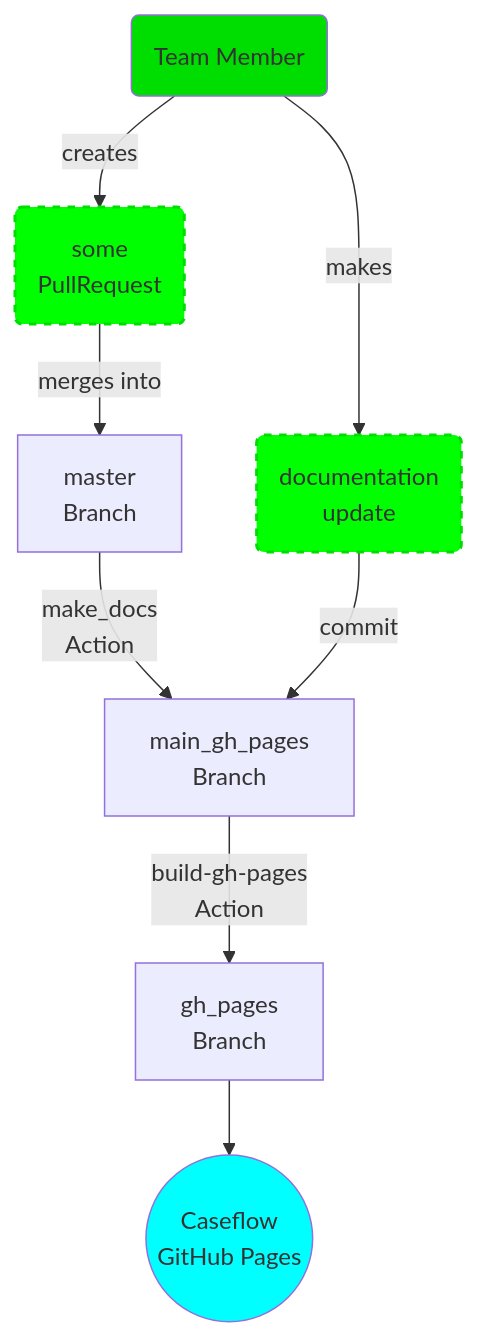
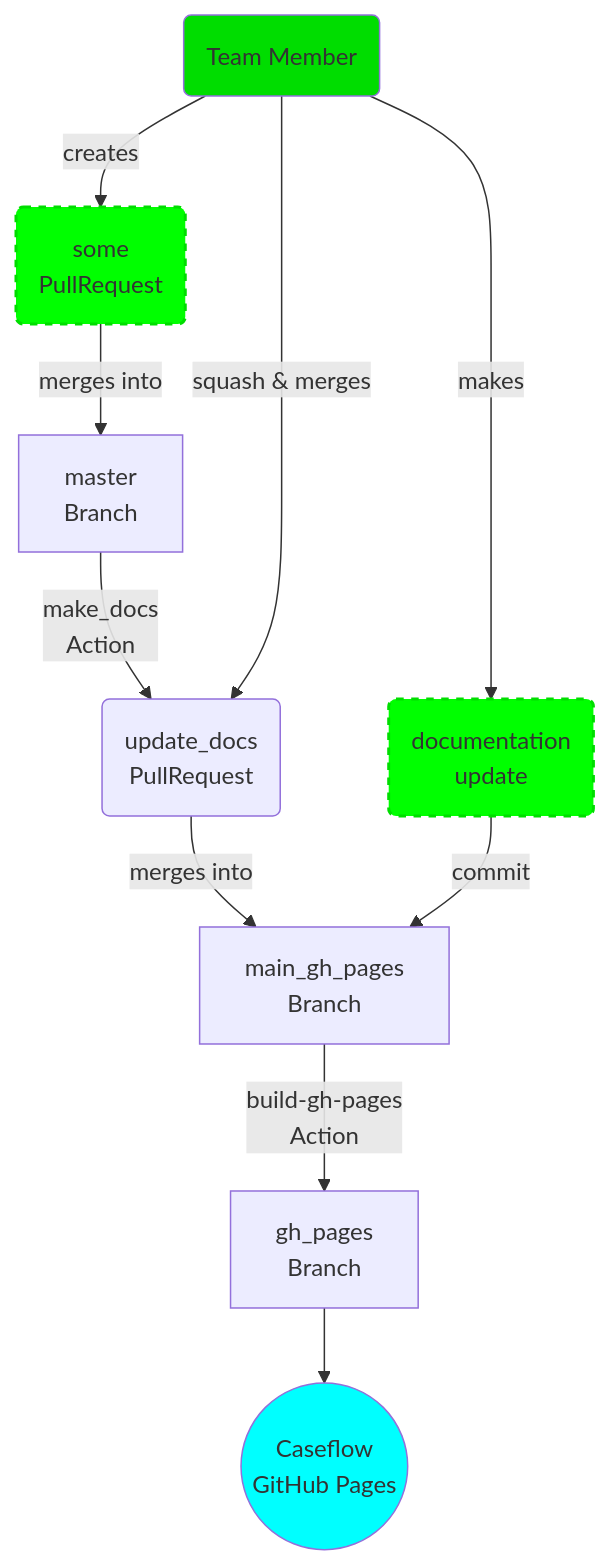
Before and after one commit to department-of-veterans-affairs/caseflow: the diagram in README.md, drawn with Mermaid. The commit also changed other lines of this file and 1 other file, not shown here.

Commit message:
describe auto-creation of update_docs PR

```diff
--- a/README.md
+++ b/README.md
@@ -184,16 +186,18 @@
 {% mermaid %}
 graph TD
 pr("some<br/>PullRequest") -->|merges into| main["master<br/>Branch"]
-main -->|"make_docs<br/>Action"| main_gh_pages["main_gh_pages<br/>Branch"]
+main -->|"make_docs<br/>Action"| update_docs_pr("update_docs<br/>PullRequest")
+update_docs_pr -->|merges into| main_gh_pages["main_gh_pages<br/>Branch"]
 main_gh_pages -->|"build-gh-pages<br/>Action"| gh_pages["gh_pages<br/>Branch"]
 gh_pages --> website(("Caseflow<br/>GitHub Pages"))
 
 teamMember("Team Member") -->|creates| pr
+teamMember -->|squash &amp; merges| update_docs_pr
 teamMember -->|makes| doc_update
 doc_update("documentation<br/>update") -->|commit| main_gh_pages
 
 style teamMember fill:#0d0
 style pr fill:#0f0,stroke:#0d0,stroke-width:2px,stroke-dasharray: 5 5
 style doc_update fill:#0f0,stroke:#0d0,stroke-width:2px,stroke-dasharray: 5 5
 style website fill:#0ff
 {% endmermaid %}
```
